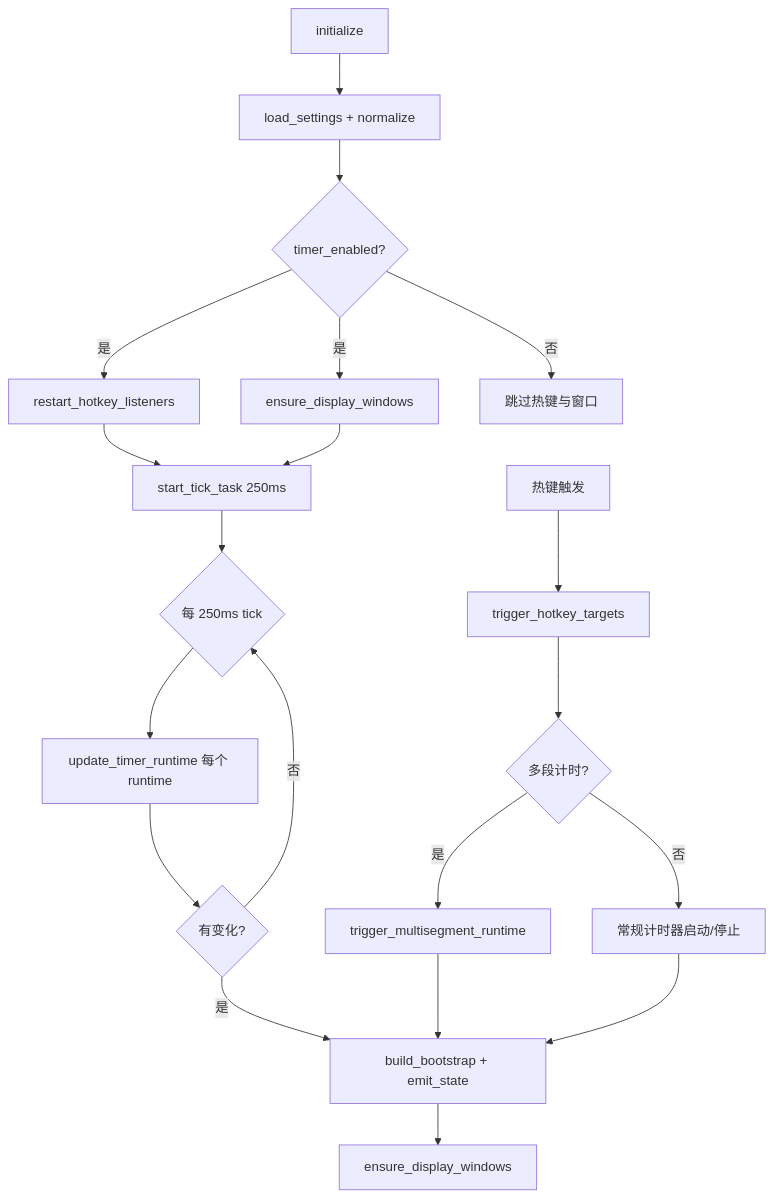
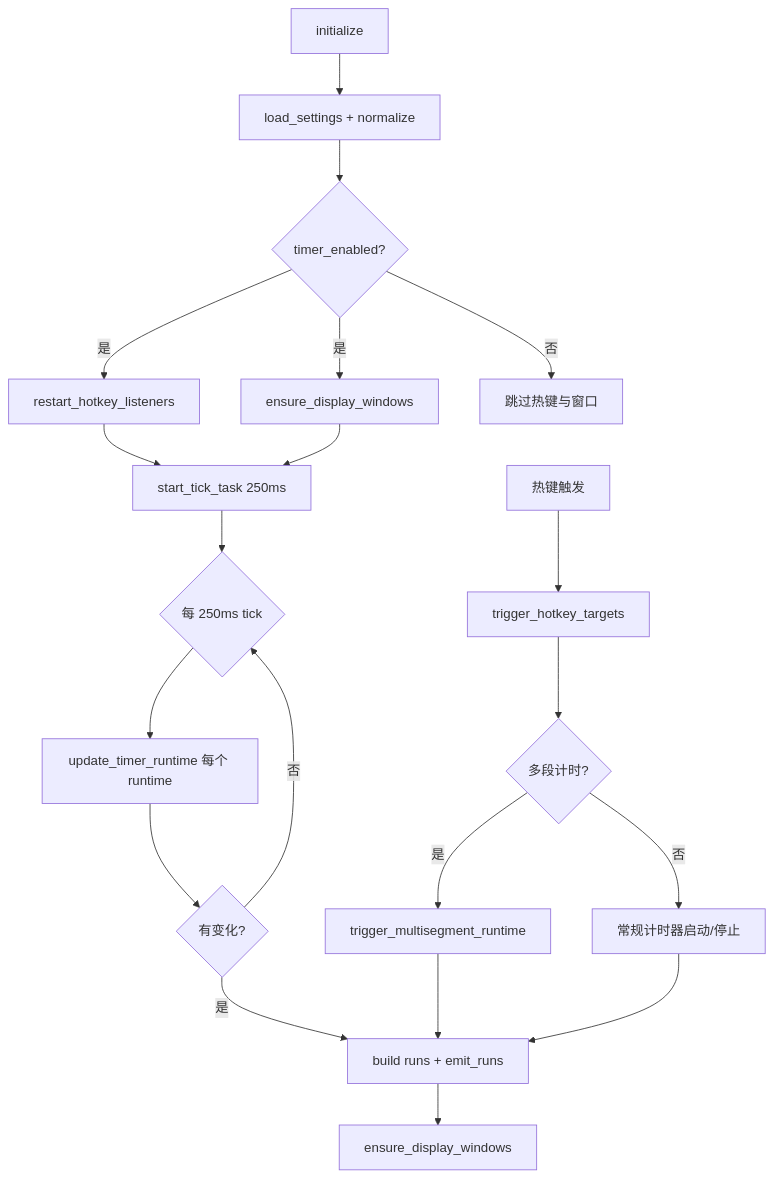
One commit to IZRINO/delta-auto-tools changed the diagram in droid-wiki/features/timer.md. Above: the diagram before and after it, drawn with Mermaid. The commit also changed other lines of this file and 37 other files, not shown here.

````diff
--- a/droid-wiki/features/timer.md
+++ b/droid-wiki/features/timer.md
@@ -55,24 +56,24 @@
 ```mermaid
 flowchart TD
     A[initialize] --> B[load_settings + normalize]
     B --> C{timer_enabled?}
     C -- 是 --> D[restart_hotkey_listeners]
     C -- 是 --> E[ensure_display_windows]
     C -- 否 --> F[跳过热键与窗口]
     D --> G[start_tick_task 250ms]
     E --> G
 
     G --> H{每 250ms tick}
     H --> I[update_timer_runtime 每个 runtime]
     I --> J{有变化?}
-    J -- 是 --> K[build_bootstrap + emit_state]
+    J -- 是 --> K[build runs + emit_runs]
     J -- 否 --> H
 
     L[热键触发] --> M[trigger_hotkey_targets]
     M --> N{多段计时?}
     N -- 是 --> O[trigger_multisegment_runtime]
     N -- 否 --> P[常规计时器启动/停止]
     O --> K
     P --> K
     K --> Q[ensure_display_windows]
 ```
````
